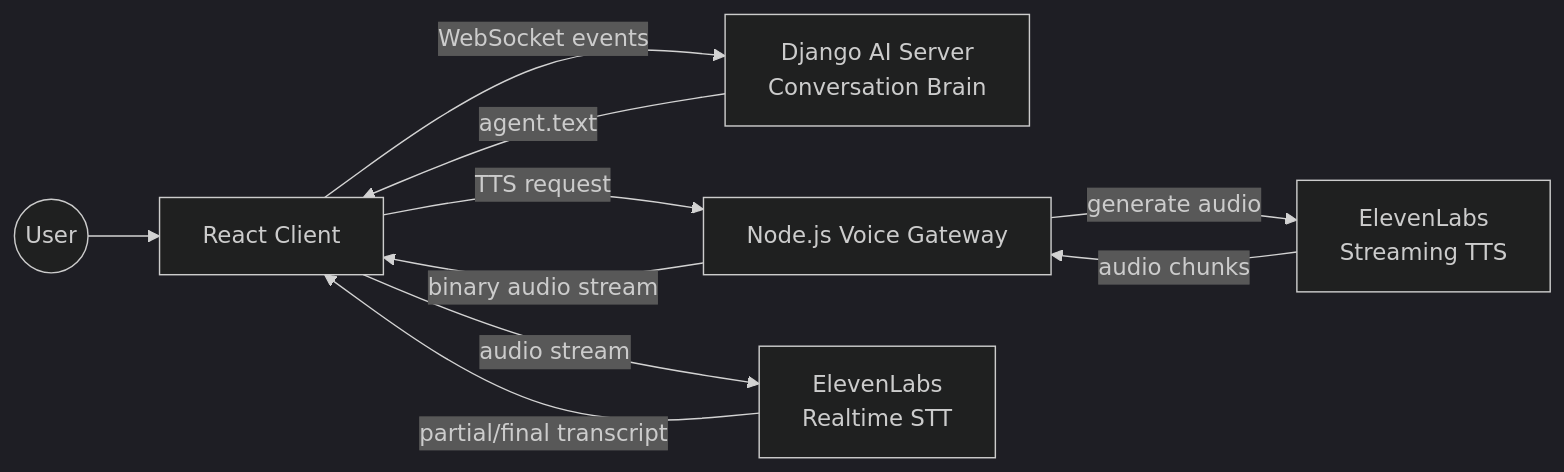
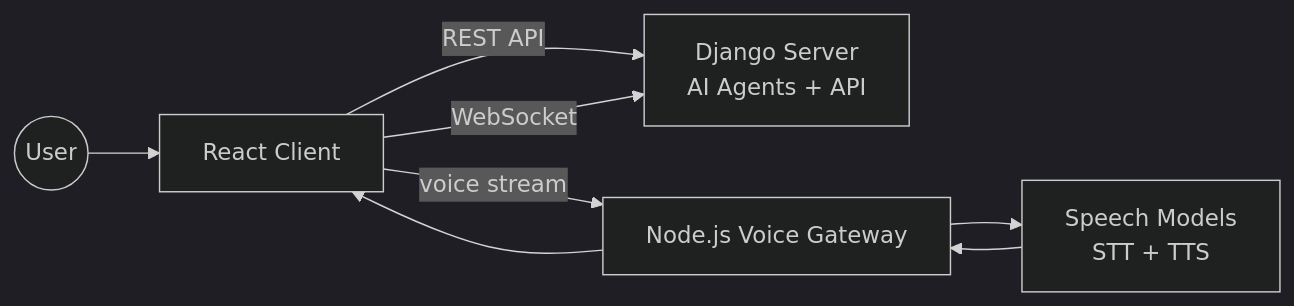
One commit to lqfeng2022/clip-hub changed the first of 2 diagrams in README.md. Above: the diagram before and after it, drawn with Mermaid (dark theme). The commit also changed other lines of this file, not shown here.

````diff
--- a/README.md
+++ b/README.md
@@ -32,26 +100,22 @@
 ```mermaid
 flowchart LR
 
 User((User))
 Browser[React Client]
 
-Django[Django AI Server<br>Conversation Brain]
+Django[Django Server<br>AI Agents + API]
 
 Node[Node.js Voice Gateway]
 
-STT[ElevenLabs<br>Realtime STT]
-TTS[ElevenLabs<br>Streaming TTS]
+SpeechAI[Speech Models<br>STT + TTS]
 
 User --> Browser
 
-Browser -->|WebSocket events| Django
-Django -->|agent.text| Browser
+Browser -->|REST API| Django
+Browser -->|WebSocket| Django
 
-Browser -->|audio stream| STT
-STT -->|partial/final transcript| Browser
-
-Browser -->|TTS request| Node
-Node -->|generate audio| TTS
-TTS -->|audio chunks| Node
-Node -->|binary audio stream| Browser
+Browser -->|voice stream| Node
+Node --> SpeechAI
+SpeechAI --> Node
+Node --> Browser
 ```
````
